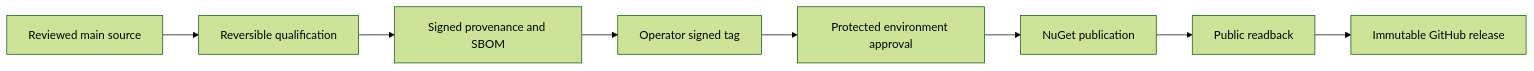
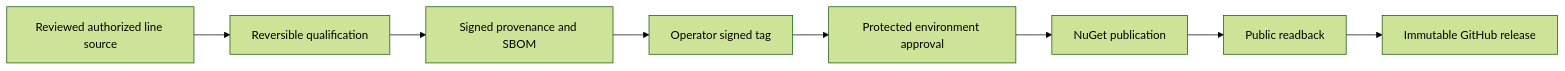
Before and after one commit to doka-labs/Doka.EntityFrameworkCore.NestedSet: the diagram in docs/release-governance.md, drawn with Mermaid (forest theme). The commit also changed other lines of this file and 1124 other files, not shown here.

````diff
--- a/docs/release-governance.md
+++ b/docs/release-governance.md
@@ -58,13 +85,13 @@
 ```mermaid
 flowchart LR
-    A[Reviewed main source]
+    A[Reviewed authorized line source]
     B[Reversible qualification]
     C[Signed provenance and SBOM]
     D[Operator signed tag]
     E[Protected environment approval]
     F[NuGet publication]
     G[Public readback]
     H[Immutable GitHub release]
 
     A --> B --> C --> D --> E --> F --> G --> H
 ```
````
